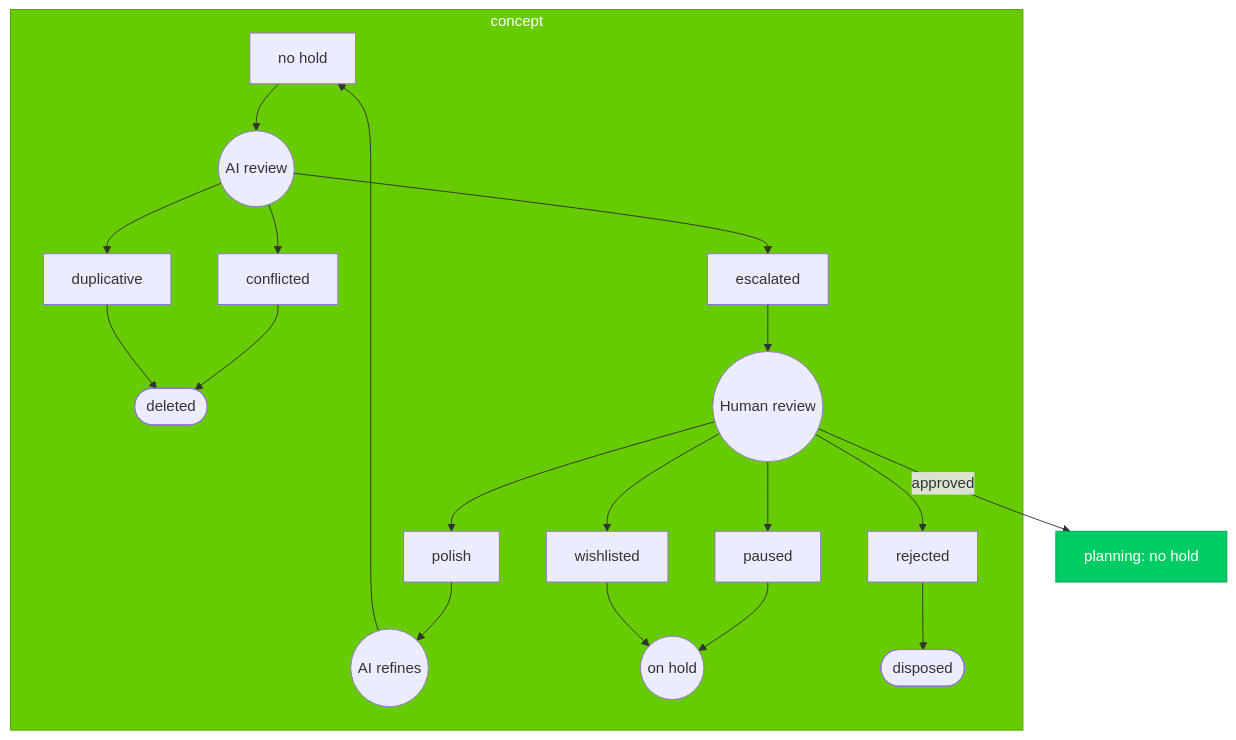
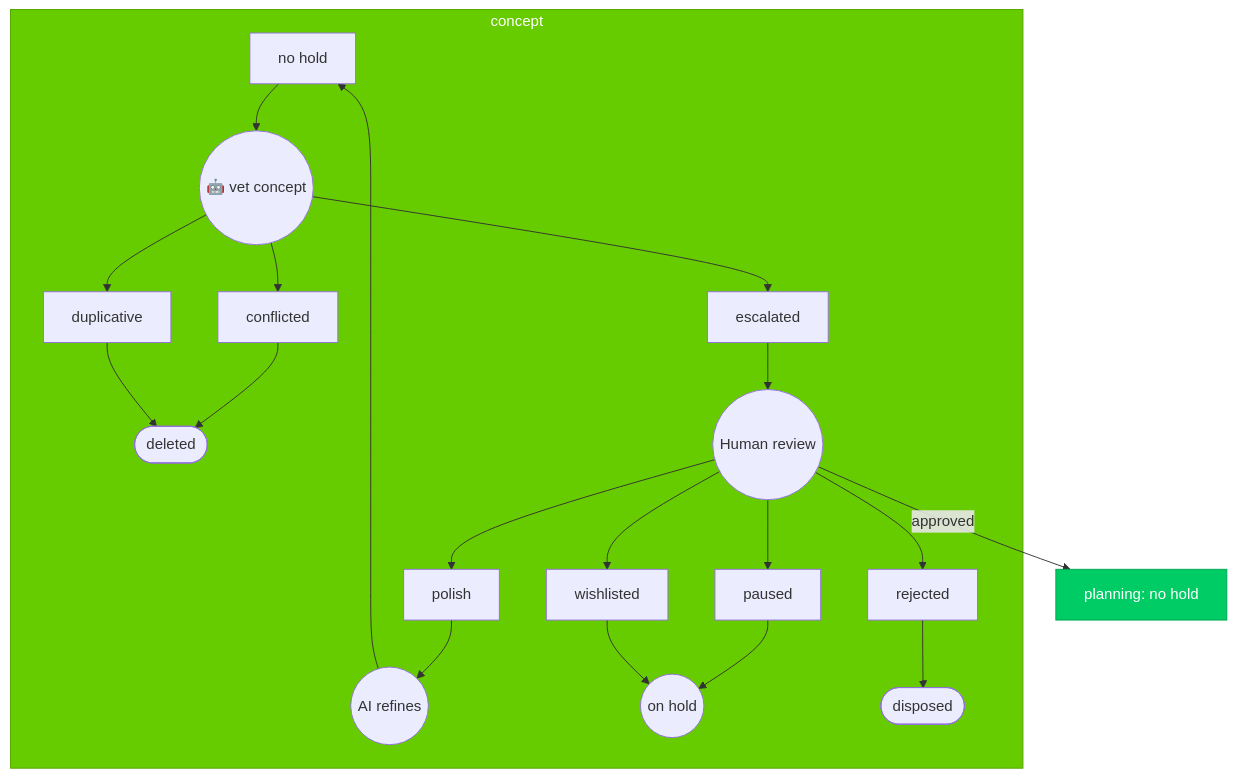
One commit to Mharbulous/StoryTree changed the diagram in claude/skills/story-tree/references/workflow1-concept.md. Above: the diagram before and after it, drawn with Mermaid. The commit also changed 16 other files, not shown here.

````diff
--- a/claude/skills/story-tree/references/workflow1-concept.md
+++ b/claude/skills/story-tree/references/workflow1-concept.md
@@ -9,36 +9,36 @@
 ```mermaid
 flowchart TB
     subgraph concept_stage [concept]
         c_clear[no hold]
-        c_ai((AI review))
+        c_ai((🤖 vet concept))
         c_refine((AI refines))
         c_conf[conflicted]
         c_dup[duplicative]
         c_del([deleted])
         c_e[escalated]
         c_human((Human review))
         c_paused[paused]
         c_polish[polish]
         c_wish[wishlisted]
         c_hold((on hold))
         c_rej[rejected]
         c_disposed([disposed])
 
         c_refine --> c_clear
         c_clear --> c_ai
         c_ai --> c_conf --> c_del
         c_ai --> c_dup --> c_del
         c_ai --> c_e --> c_human
         c_human --> c_paused --> c_hold
         c_human --> c_polish --> c_refine
         c_human --> c_wish --> c_hold
         c_human --> c_rej --> c_disposed
     end
 
     c_human -->|approved| planning[planning: no hold]
 
     classDef conceptBox fill:#66CC00,stroke:#52A300,color:#fff
     classDef planningBox fill:#00CC66,stroke:#00A352,color:#fff
     class concept_stage conceptBox
     class planning planningBox
 ```
````
